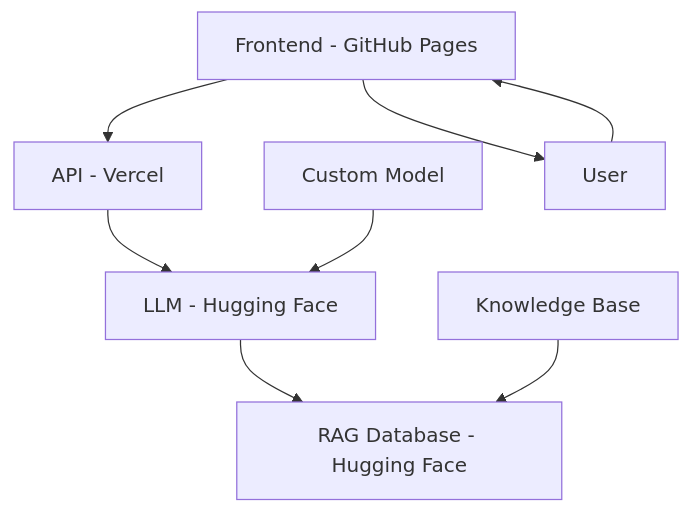
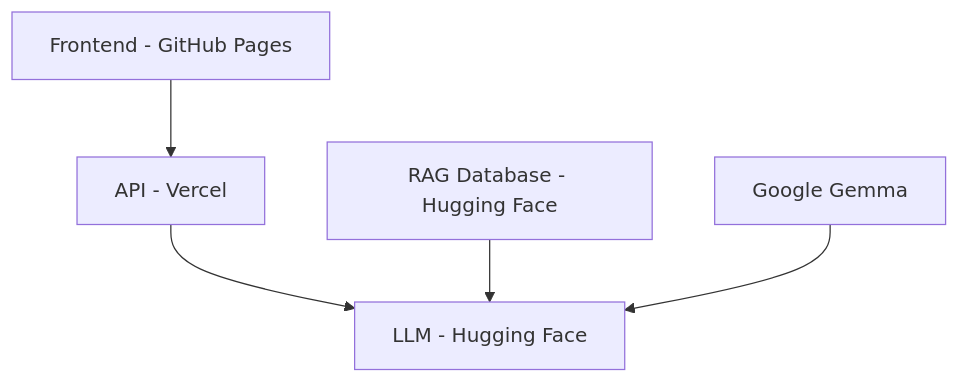
The diagram in README.md (marcopyre/portfolio), drawn with Mermaid before and after one commit. The commit also changed other lines of this file, not shown here.

````diff
--- a/README.md
+++ b/README.md
@@ -68,12 +65,9 @@
 ```mermaid
 graph TB
     A[Frontend - GitHub Pages] --> B[API - Vercel]
     B --> C[LLM - Hugging Face]
-    C --> D[RAG Database - Hugging Face]
+    D[RAG Database - Hugging Face] --> C
 
-    E[Knowledge Base] --> D
-    F[Custom Model] --> C
+    F[Google Gemma] --> C
 
-    G[User] --> A
-    A --> G
 ```
````
